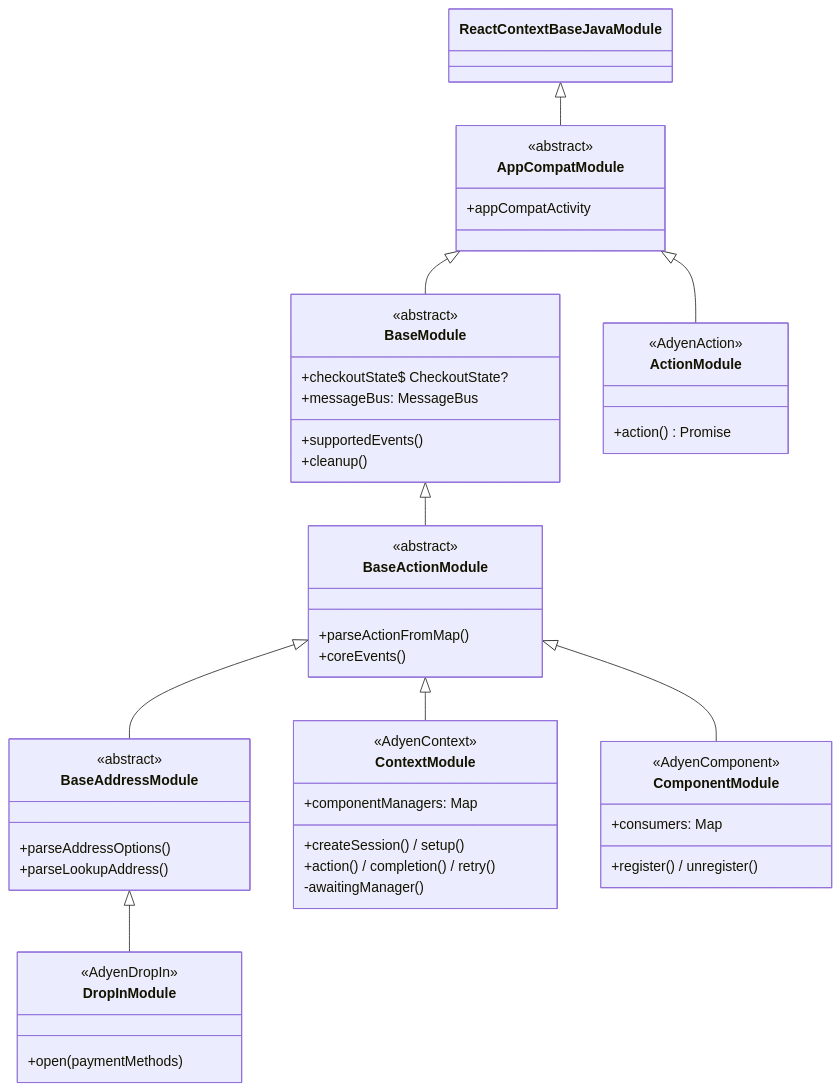
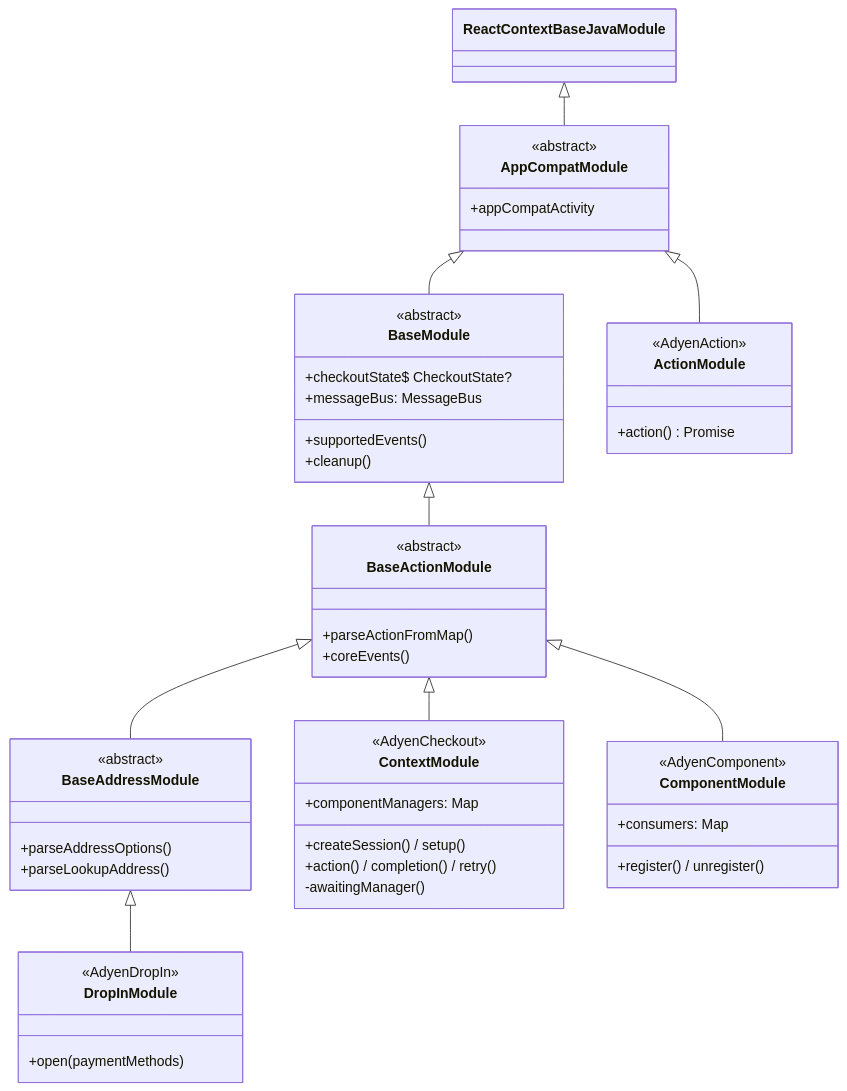
Before and after one commit to Adyen/adyen-react-native: the fifth of 7 diagrams in docs/native-architecture.md, drawn with Mermaid. The commit also changed other lines of this file and 17 other files, not shown here.

First line of the commit message:
refactor!: rename the AdyenContext bridge module to AdyenCheckout

````diff
--- a/docs/native-architecture.md
+++ b/docs/native-architecture.md
@@ -181,54 +181,54 @@
 ```mermaid
 classDiagram
   class ReactContextBaseJavaModule
   class AppCompatModule {
     <<abstract>>
     +appCompatActivity
   }
   class BaseModule {
     <<abstract>>
     +checkoutState$ CheckoutState?
     +messageBus: MessageBus
     +supportedEvents()
     +cleanup()
   }
   class BaseActionModule {
     <<abstract>>
     +parseActionFromMap()
     +coreEvents()
   }
   class BaseAddressModule {
     <<abstract>>
     +parseAddressOptions()
     +parseLookupAddress()
   }
   class ContextModule {
-    <<AdyenContext>>
+    <<AdyenCheckout>>
     +componentManagers: Map
     +createSession() / setup()
     +action() / completion() / retry()
     -awaitingManager()
   }
   class ComponentModule {
     <<AdyenComponent>>
     +consumers: Map
     +register() / unregister()
   }
   class DropInModule {
     <<AdyenDropIn>>
     +open(paymentMethods)
   }
   class ActionModule {
     <<AdyenAction>>
     +action() Promise
   }
 
   ReactContextBaseJavaModule <|-- AppCompatModule
   AppCompatModule <|-- BaseModule
   AppCompatModule <|-- ActionModule
   BaseModule <|-- BaseActionModule
   BaseActionModule <|-- ContextModule
   BaseActionModule <|-- ComponentModule
   BaseActionModule <|-- BaseAddressModule
   BaseAddressModule <|-- DropInModule
 ```
````
